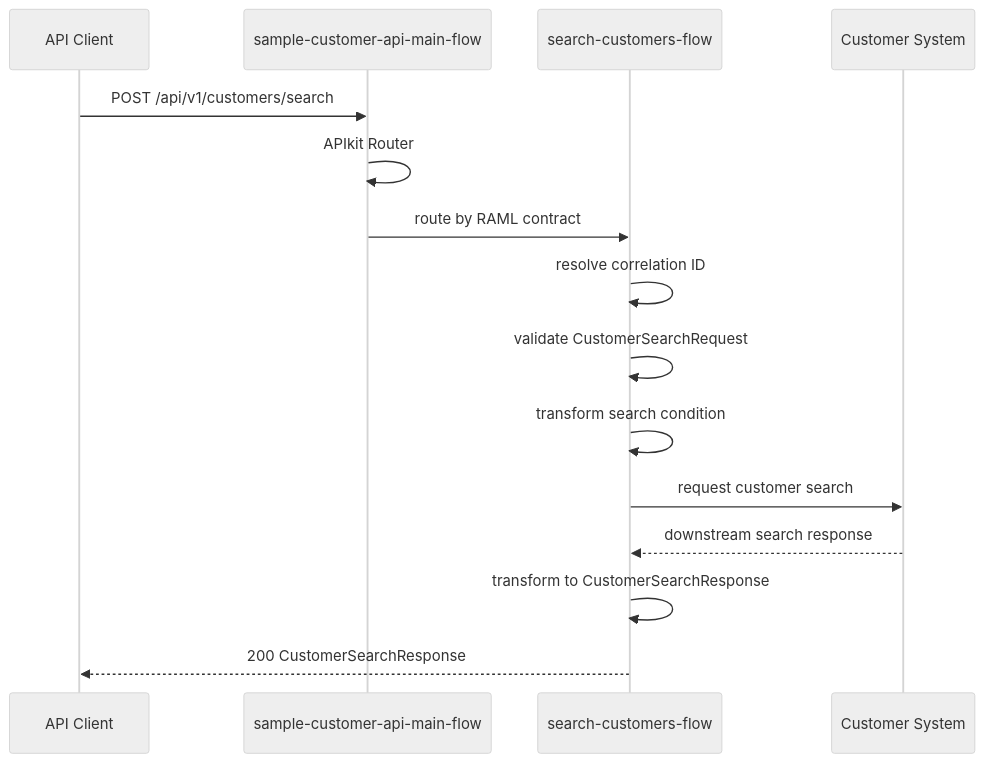
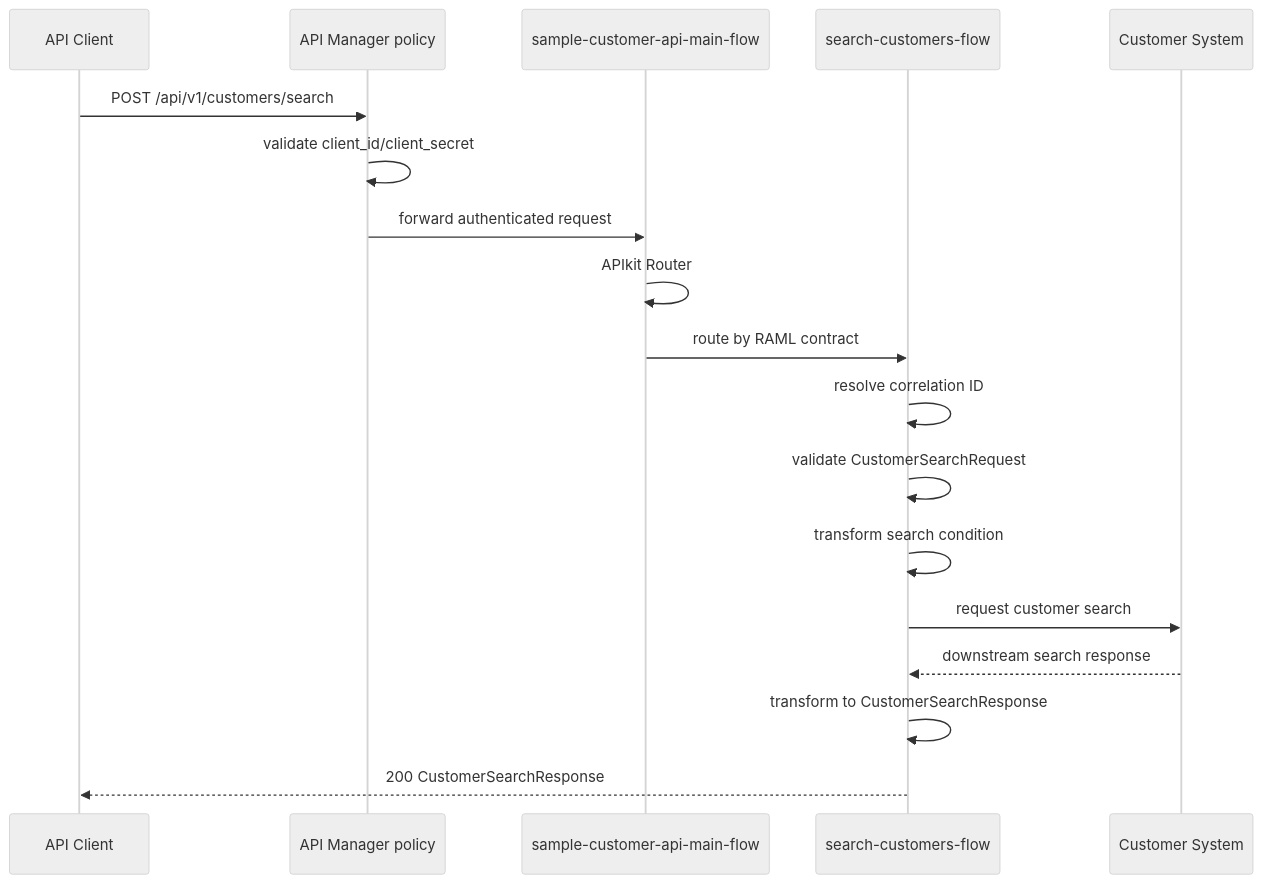
One commit to big-mon/mulesoft-ai-first-docs-structure-template changed the diagram in applications/sample-domain-sapi-v1/operations/sample-customer-api-v1/post_customer-search/operation-detail-design.md. Above: the diagram before and after it, drawn with Mermaid (neutral theme). The commit also changed other lines of this file and 10 other files, not shown here.

````diff
--- a/applications/sample-domain-sapi-v1/operations/sample-customer-api-v1/post_customer-search/operation-detail-design.md
+++ b/applications/sample-domain-sapi-v1/operations/sample-customer-api-v1/post_customer-search/operation-detail-design.md
@@ -22,18 +23,21 @@
 ```mermaid
 sequenceDiagram
     participant Client as API Client
+    participant Manager as API Manager policy
     participant Entry as sample-customer-api-main-flow
     participant Flow as search-customers-flow
     participant System as Customer System
 
-    Client->>Entry: POST /api/v1/customers/search
+    Client->>Manager: POST /api/v1/customers/search
+    Manager->>Manager: validate client_id/client_secret
+    Manager->>Entry: forward authenticated request
     Entry->>Entry: APIkit Router
     Entry->>Flow: route by RAML contract
     Flow->>Flow: resolve correlation ID
     Flow->>Flow: validate CustomerSearchRequest
     Flow->>Flow: transform search condition
     Flow->>System: request customer search
     System-->>Flow: downstream search response
     Flow->>Flow: transform to CustomerSearchResponse
     Flow-->>Client: 200 CustomerSearchResponse
 ```
````
